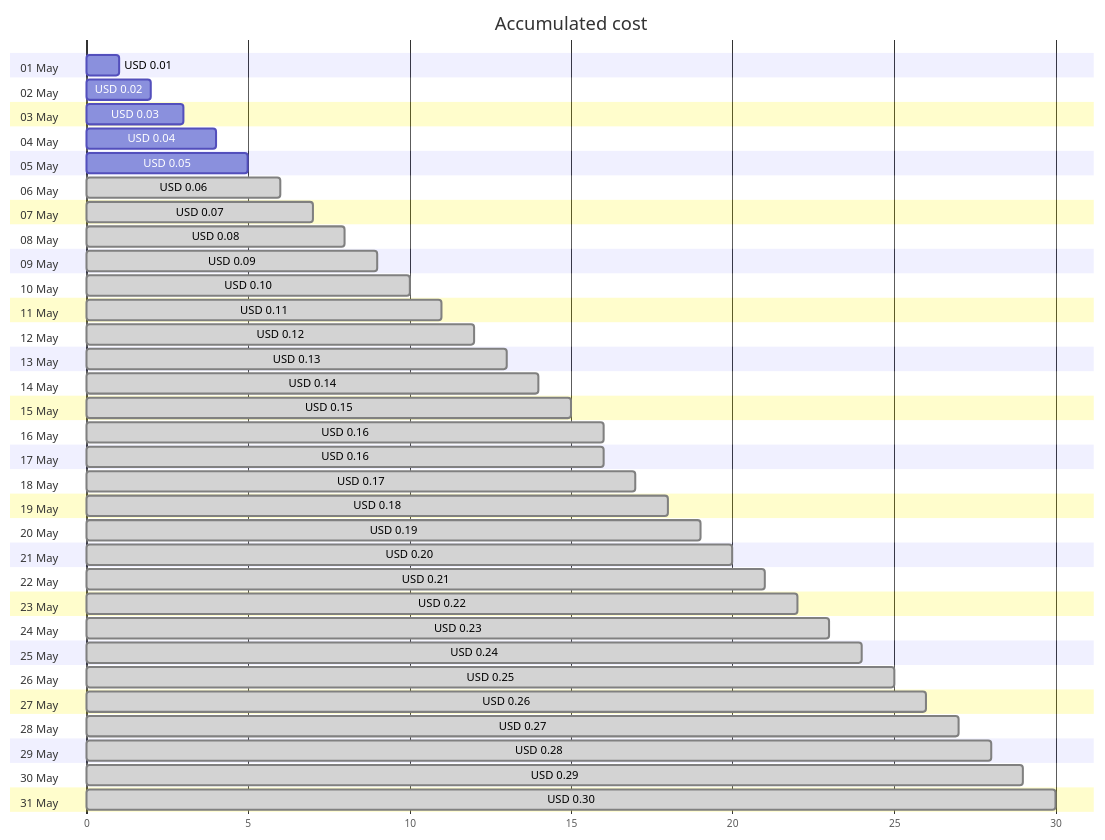
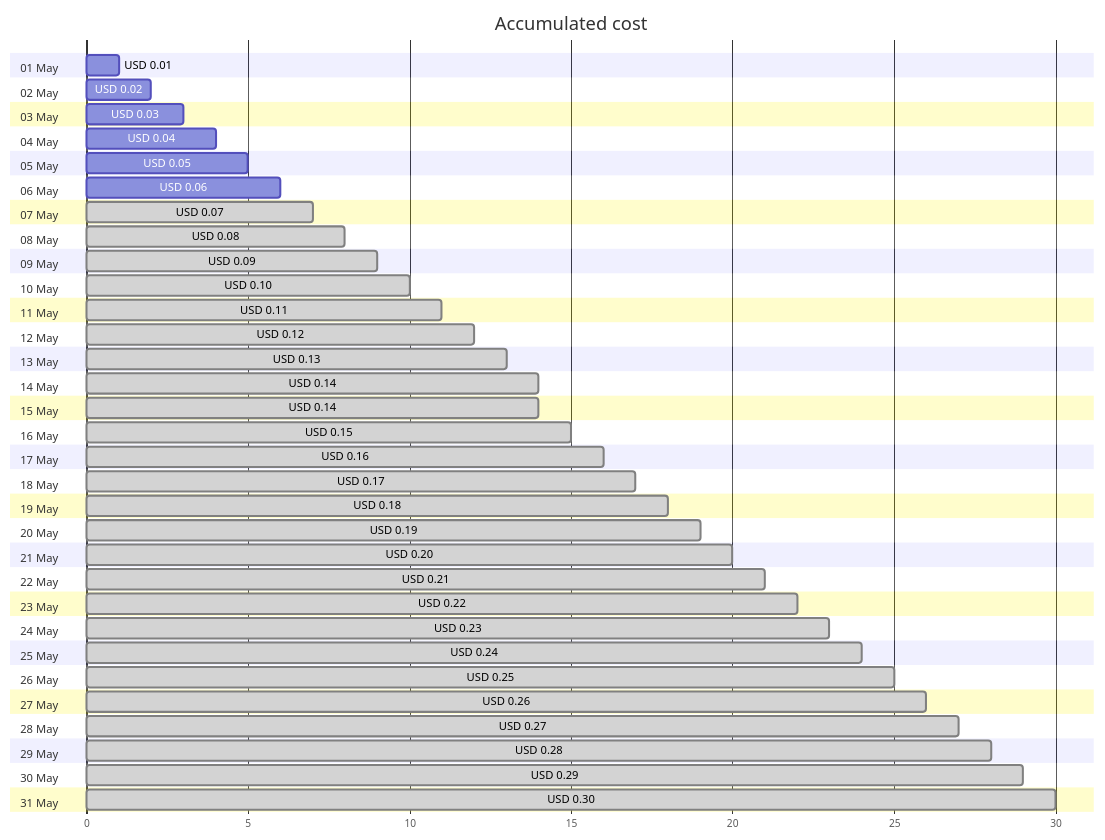
Before and after one commit to jpfulton/azure-personal-reports: the first of 4 diagrams in cost-reports/cloud-shell-storage-eastus/README.md, drawn with Mermaid. The commit also changed other lines of this file and 1 other file, not shown here.

````diff
--- a/cost-reports/cloud-shell-storage-eastus/README.md
+++ b/cost-reports/cloud-shell-storage-eastus/README.md
@@ -20,68 +20,68 @@
 ```mermaid
 gantt
    title Accumulated cost
    dateFormat  X
    axisFormat %s
    section 01 May
    USD 0.01 :0, 1
    section 02 May
    USD 0.02 :0, 2
    section 03 May
    USD 0.03 :0, 3
    section 04 May
    USD 0.04 :0, 4
    section 05 May
    USD 0.05 :0, 5
    section 06 May
-   USD 0.06 : done, 0, 6
+   USD 0.06 :0, 6
    section 07 May
    USD 0.07 : done, 0, 7
    section 08 May
    USD 0.08 : done, 0, 8
    section 09 May
    USD 0.09 : done, 0, 9
    section 10 May
    USD 0.10 : done, 0, 10
    section 11 May
    USD 0.11 : done, 0, 11
    section 12 May
    USD 0.12 : done, 0, 12
    section 13 May
    USD 0.13 : done, 0, 13
    section 14 May
    USD 0.14 : done, 0, 14
    section 15 May
+   USD 0.14 : done, 0, 14
+   section 16 May
    USD 0.15 : done, 0, 15
-   section 16 May
-   USD 0.16 : done, 0, 16
    section 17 May
    USD 0.16 : done, 0, 16
    section 18 May
    USD 0.17 : done, 0, 17
    section 19 May
    USD 0.18 : done, 0, 18
    section 20 May
    USD 0.19 : done, 0, 19
    section 21 May
    USD 0.20 : done, 0, 20
    section 22 May
    USD 0.21 : done, 0, 21
    section 23 May
    USD 0.22 : done, 0, 22
    section 24 May
    USD 0.23 : done, 0, 23
    section 25 May
    USD 0.24 : done, 0, 24
    section 26 May
    USD 0.25 : done, 0, 25
    section 27 May
    USD 0.26 : done, 0, 26
    section 28 May
    USD 0.27 : done, 0, 27
    section 29 May
    USD 0.28 : done, 0, 28
    section 30 May
    USD 0.29 : done, 0, 29
    section 31 May
    USD 0.30 : done, 0, 30
 ```
````
